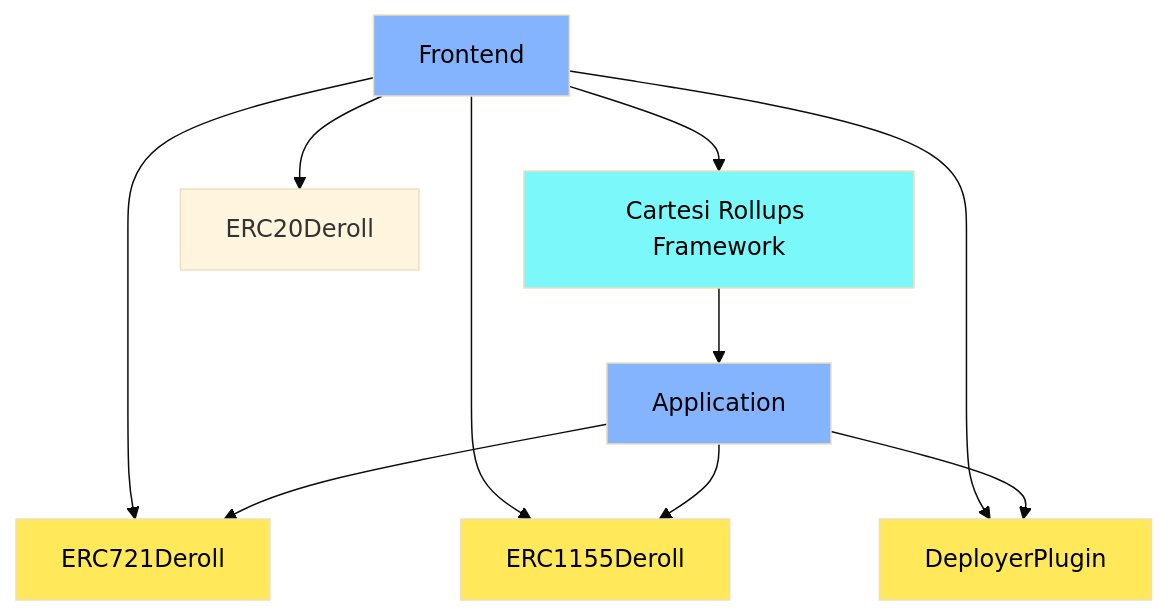
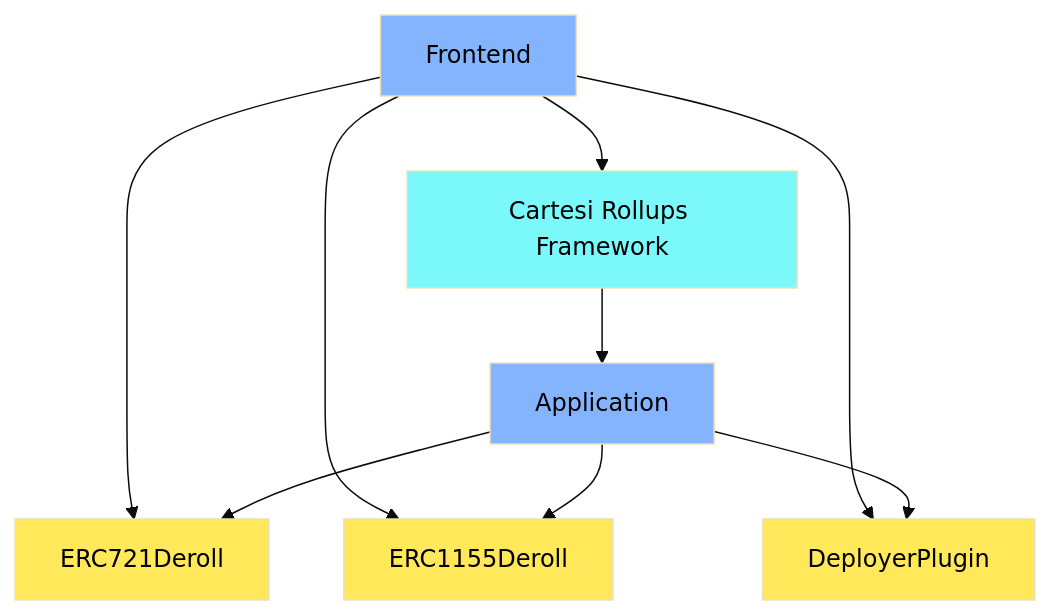
One commit to Mugen-Builders/echo-plus-deroll changed the first of 4 diagrams in contracts/README.md. Above: the diagram before and after it, drawn with Mermaid (base theme).

````diff
--- a/contracts/README.md
+++ b/contracts/README.md
@@ -12,25 +12,24 @@
 ```mermaid
 graph TD
     classDef core fill:#ffe95a,color:#000
     classDef master fill: #7AF8FA,color:#000
     classDef external fill:#85b4ff,color:#000
 
     ERC721Deroll:::core
     ERC1155Deroll:::core
     DeployerPlugin:::core
     Application:::external
     CRF[Cartesi Rollups Framework]:::master
     Frontend:::external
     
     Frontend --> CRF
     CRF --> Application
 
     Frontend --> DeployerPlugin
-    Frontend --> ERC20Deroll
     Frontend --> ERC721Deroll
     Frontend --> ERC1155Deroll
     
     Application --> ERC721Deroll
     Application --> ERC1155Deroll
     Application --> DeployerPlugin
 ```
````
